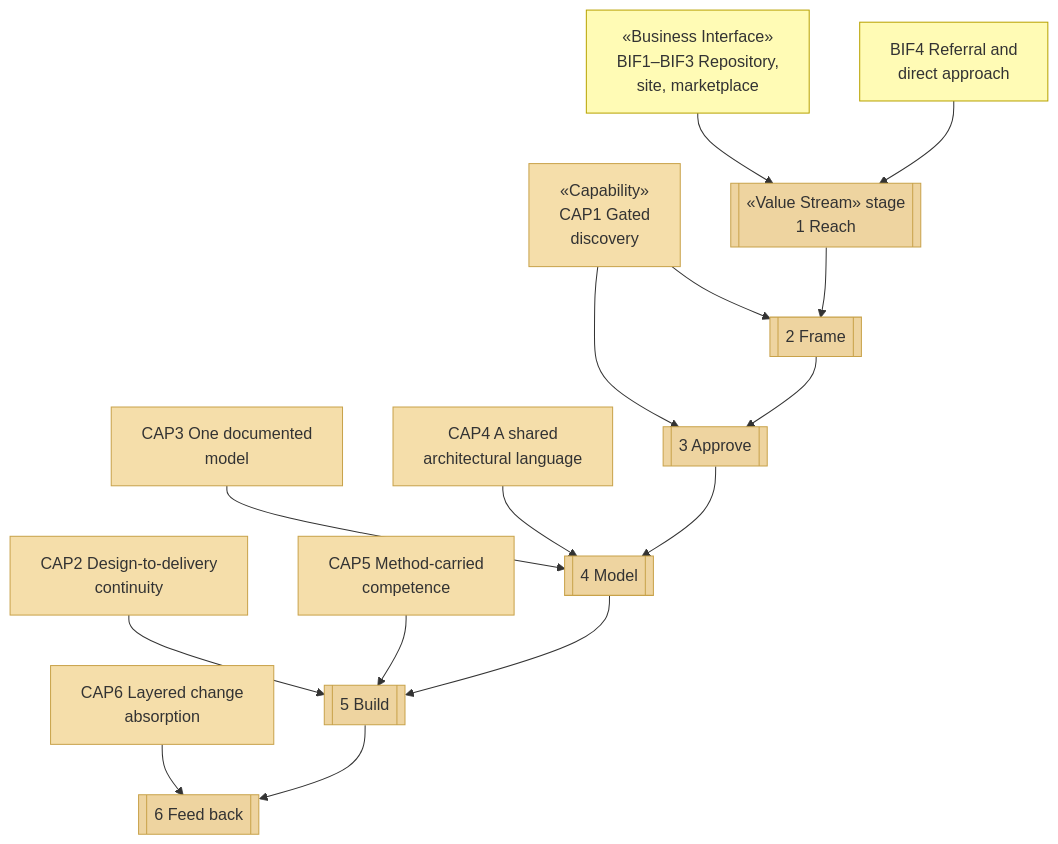
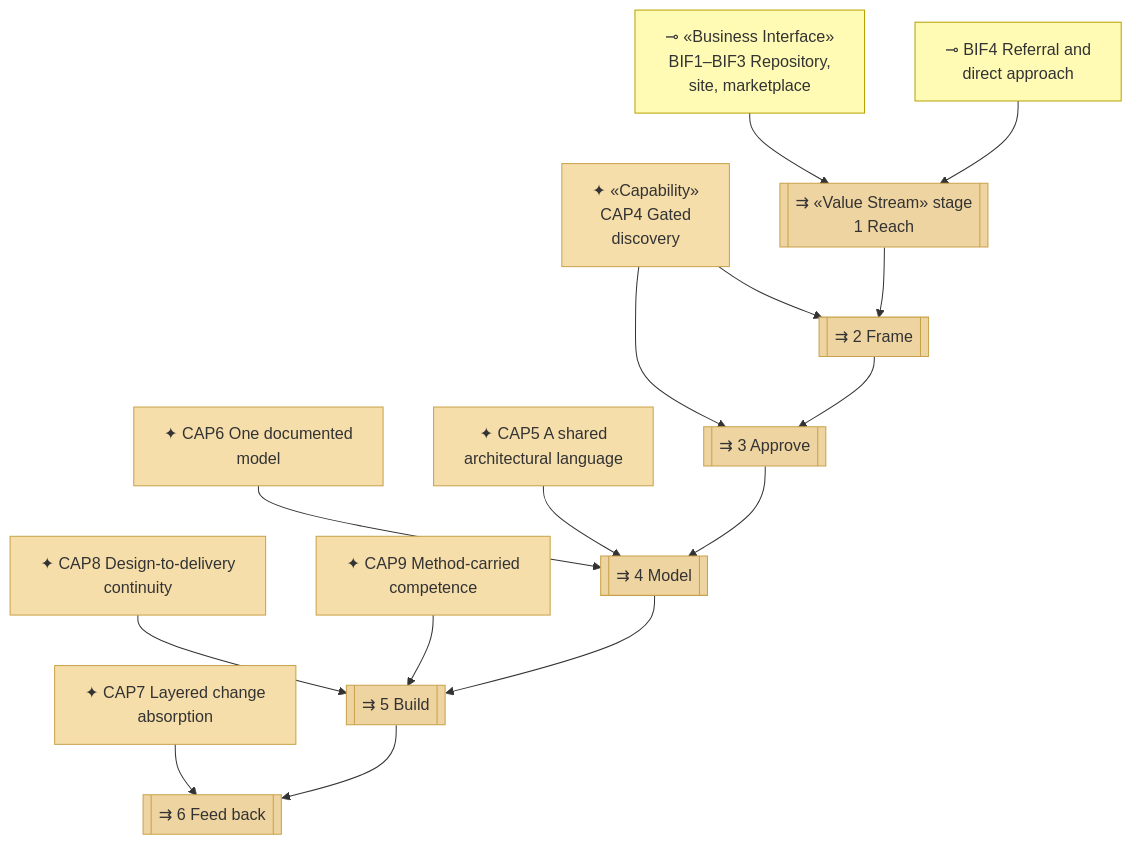
One commit to roanboc/architecture-archreator changed the third of 4 diagrams in organization/docs/ea/1_strategy/3_value-stream.md. Above: the diagram before and after it, drawn with Mermaid. The commit also changed other lines of this file and 7 other files, not shown here.

````diff
--- a/organization/docs/ea/1_strategy/3_value-stream.md
+++ b/organization/docs/ea/1_strategy/3_value-stream.md
@@ -83,35 +85,35 @@
 ```mermaid
 flowchart TB
-  bif1["«Business Interface»<br>BIF1–BIF3 Repository,<br>site, marketplace"]:::interface
-  bif4["BIF4 Referral and<br>direct approach"]:::interface
+  bif1["⊸ «Business Interface»<br>BIF1–BIF3 Repository,<br>site, marketplace"]:::interface
+  bif4["⊸ BIF4 Referral and<br>direct approach"]:::interface
 
-  s1[["«Value Stream» stage<br>1 Reach"]]:::stage
-  s2[["2 Frame"]]:::stage
-  s3[["3 Approve"]]:::stage
-  s4[["4 Model"]]:::stage
-  s5[["5 Build"]]:::stage
-  s6[["6 Feed back"]]:::stage
+  s1[["⇉ «Value Stream» stage<br>1 Reach"]]:::stage
+  s2[["⇉ 2 Frame"]]:::stage
+  s3[["⇉ 3 Approve"]]:::stage
+  s4[["⇉ 4 Model"]]:::stage
+  s5[["⇉ 5 Build"]]:::stage
+  s6[["⇉ 6 Feed back"]]:::stage
 
-  cap1["«Capability»<br>CAP1 Gated<br>discovery"]:::capability
-  cap2["CAP2 Design-to-delivery<br>continuity"]:::capability
-  cap3["CAP3 One documented<br>model"]:::capability
-  cap4["CAP4 A shared<br>architectural language"]:::capability
-  cap5["CAP5 Method-carried<br>competence"]:::capability
-  cap6["CAP6 Layered change<br>absorption"]:::capability
+  c4["✦ «Capability»<br>CAP4 Gated<br>discovery"]:::capability
+  c8["✦ CAP8 Design-to-delivery<br>continuity"]:::capability
+  c6["✦ CAP6 One documented<br>model"]:::capability
+  c5["✦ CAP5 A shared<br>architectural language"]:::capability
+  c9["✦ CAP9 Method-carried<br>competence"]:::capability
+  c7["✦ CAP7 Layered change<br>absorption"]:::capability
 
   bif1 --> s1
   bif4 --> s1
-  cap1 --> s2
-  cap1 --> s3
-  cap3 --> s4
-  cap4 --> s4
-  cap2 --> s5
-  cap5 --> s5
-  cap6 --> s6
+  c4 --> s2
+  c4 --> s3
+  c6 --> s4
+  c5 --> s4
+  c8 --> s5
+  c9 --> s5
+  c7 --> s6
 
   s1 --> s2 --> s3 --> s4 --> s5 --> s6
 
   classDef stage fill:#eed4a0,stroke:#c8a24a,color:#333
   classDef capability fill:#f5deaa,stroke:#c8a24a,color:#333
   classDef interface fill:#fffbb5,stroke:#b8a200,color:#333
 ```
````
